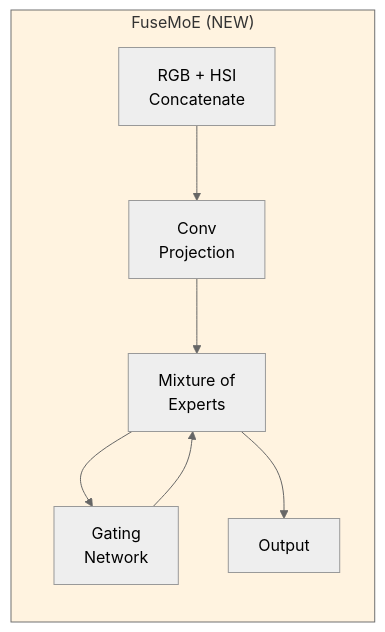
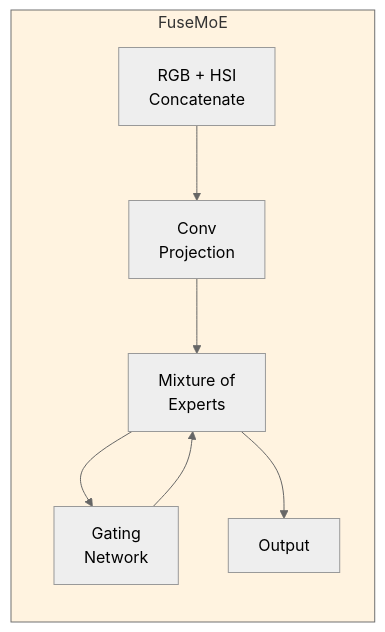
The fourth of 14 diagrams in spectralwaste_segmentation/models/model_description.md (dachieu1996/spectralwaste-segmentation), drawn with Mermaid (neutral theme) before and after one commit. The commit also changed other lines of this file and 17 other files, not shown here.

````diff
--- a/spectralwaste_segmentation/models/model_description.md
+++ b/spectralwaste_segmentation/models/model_description.md
@@ -46,16 +46,16 @@
 ```mermaid
 graph LR
-    subgraph FuseMoE["FuseMoE (NEW)"]
+    subgraph FuseMoE["FuseMoE"]
         F1["RGB + HSI<br/>Concatenate"]
         F2["Conv<br/>Projection"]
         F3["Mixture of<br/>Experts"]
         F4["Gating<br/>Network"]
         F5["Output"]
         F1 --> F2 --> F3
         F3 --> F4
         F4 --> F3
         F3 --> F5
     end
 
     style FuseMoE fill:#fff3e0
 ```
````
